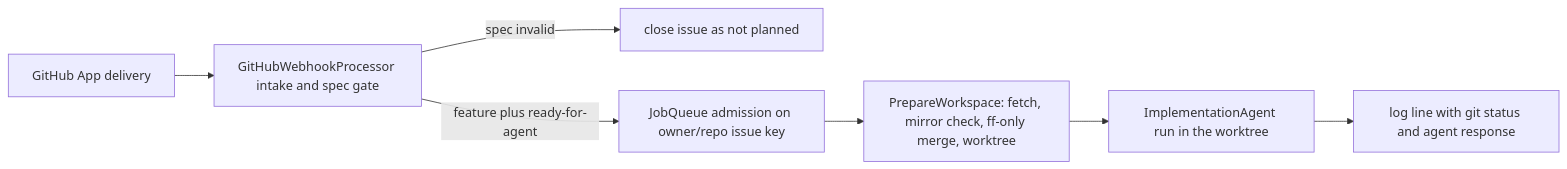
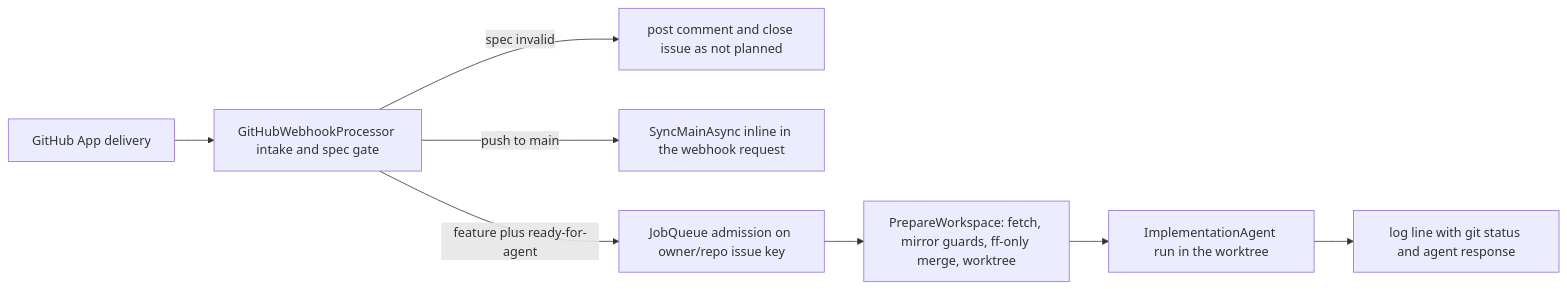
One commit to ToufiqSenpai/sebastian changed the diagram in openwiki/quickstart.md. Above: the diagram before and after it, drawn with Mermaid. The commit also changed other lines of this file and 39 other files, not shown here.

````diff
--- a/openwiki/quickstart.md
+++ b/openwiki/quickstart.md
@@ -43,9 +45,10 @@
 ```mermaid
 flowchart LR
     GH["GitHub App delivery"] --> WH["GitHubWebhookProcessor intake and spec gate"]
-    WH -->|"spec invalid"| CLOSE["close issue as not planned"]
+    WH -->|"spec invalid"| CLOSE["post comment and close issue as not planned"]
+    WH -->|"push to main"| SYNC["SyncMainAsync inline in the webhook request"]
     WH -->|"feature plus ready-for-agent"| JQ["JobQueue admission on owner/repo issue key"]
-    JQ --> PREP["PrepareWorkspace: fetch, mirror check, ff-only merge, worktree"]
+    JQ --> PREP["PrepareWorkspace: fetch, mirror guards, ff-only merge, worktree"]
     PREP --> AG["ImplementationAgent run in the worktree"]
     AG --> LOG["log line with git status and agent response"]
 ```
````
